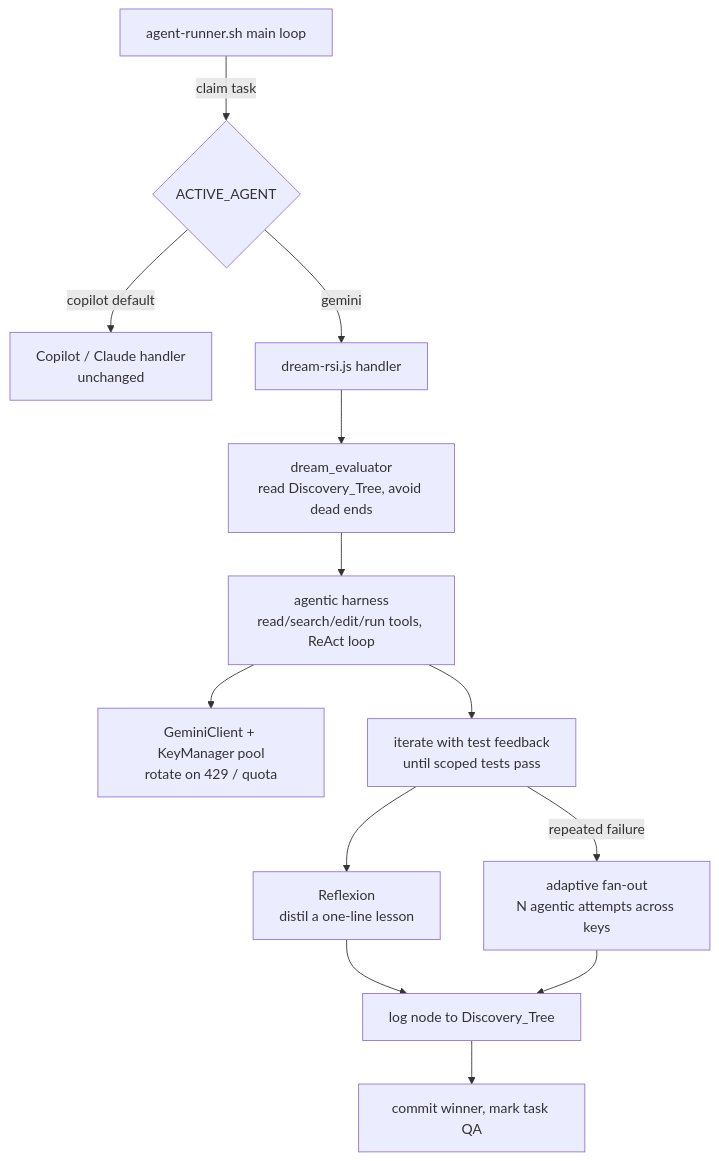
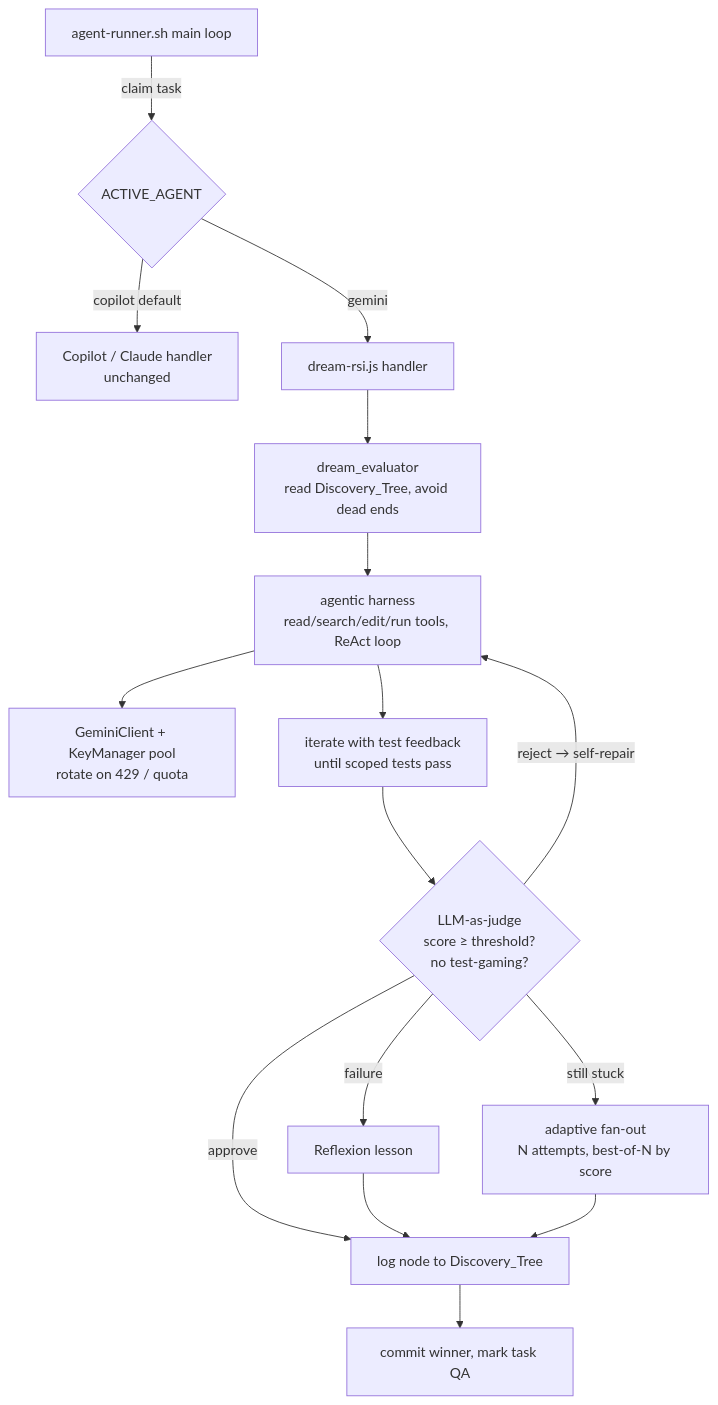
One commit to tekjanson/Waymark changed the diagram in docs/dream-rsi.md. Above: the diagram before and after it, drawn with Mermaid. The commit also changed other lines of this file and 6 other files, not shown here.

First line of the commit message:
feat(dev-worker): add LLM-as-judge self-evaluation to the Dream-RSI loop

````diff
--- a/docs/dream-rsi.md
+++ b/docs/dream-rsi.md
@@ -17,15 +17,18 @@
 ```mermaid
 flowchart TD
     A[agent-runner.sh main loop] -->|claim task| B{ACTIVE_AGENT}
     B -->|copilot default| C[Copilot / Claude handler<br/>unchanged]
     B -->|gemini| D[dream-rsi.js handler]
     D --> E[dream_evaluator<br/>read Discovery_Tree, avoid dead ends]
     E --> F[agentic harness<br/>read/search/edit/run tools, ReAct loop]
     F --> K[GeminiClient + KeyManager pool<br/>rotate on 429 / quota]
     F --> G[iterate with test feedback<br/>until scoped tests pass]
-    G -->|repeated failure| H[adaptive fan-out<br/>N agentic attempts across keys]
-    G --> R[Reflexion<br/>distil a one-line lesson]
-    R --> I[log node to Discovery_Tree]
+    G --> V{LLM-as-judge<br/>score ≥ threshold?<br/>no test-gaming?}
+    V -->|reject → self-repair| F
+    V -->|still stuck| H[adaptive fan-out<br/>N attempts, best-of-N by score]
+    V -->|approve| I[log node to Discovery_Tree]
+    V -->|failure| R[Reflexion lesson]
+    R --> I
     H --> I
     I --> J[commit winner, mark task QA]
 ```
````
